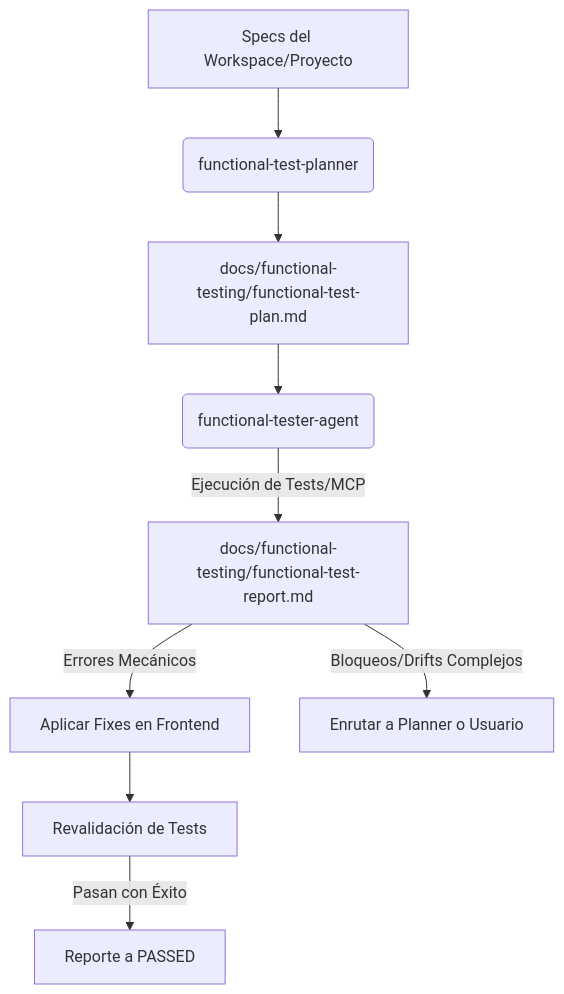
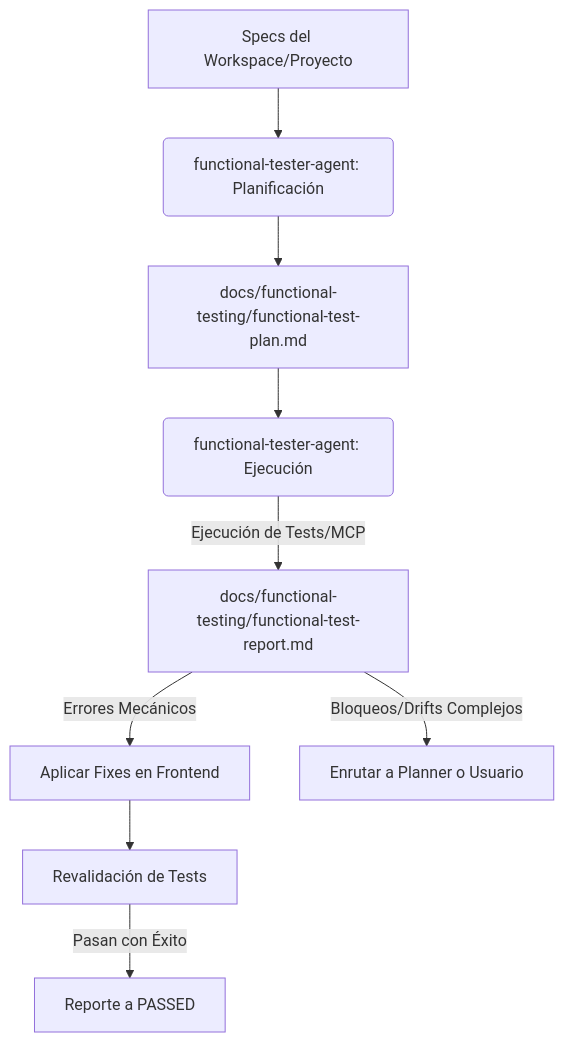
The diagram in active/opencode/skills/functional-testing-standard/SKILL.md (cristiansrc/config-ai), drawn with Mermaid before and after one commit. The commit also changed other lines of this file and 95 other files, not shown here.

````diff
--- a/active/opencode/skills/functional-testing-standard/SKILL.md
+++ b/active/opencode/skills/functional-testing-standard/SKILL.md
@@ -12,11 +12,11 @@
 ```mermaid
 graph TD
-    A[Specs del Workspace/Proyecto] --> B(functional-test-planner)
+    A[Specs del Workspace/Proyecto] --> B(functional-tester-agent: Planificación)
     B --> C[docs/functional-testing/functional-test-plan.md]
-    C --> D(functional-tester-agent)
+    C --> D(functional-tester-agent: Ejecución)
     D -->|Ejecución de Tests/MCP| E[docs/functional-testing/functional-test-report.md]
     E -->|Errores Mecánicos| F[Aplicar Fixes en Frontend]
     E -->|Bloqueos/Drifts Complejos| G[Enrutar a Planner o Usuario]
     F --> H[Revalidación de Tests]
     H -->|Pasan con Éxito| I[Reporte a PASSED]
 ```
````
